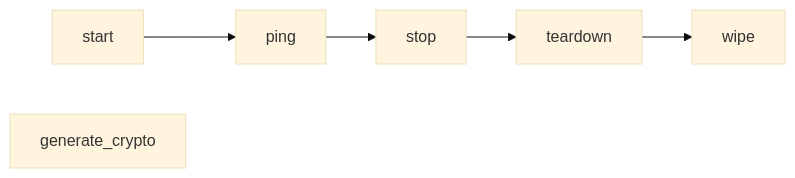
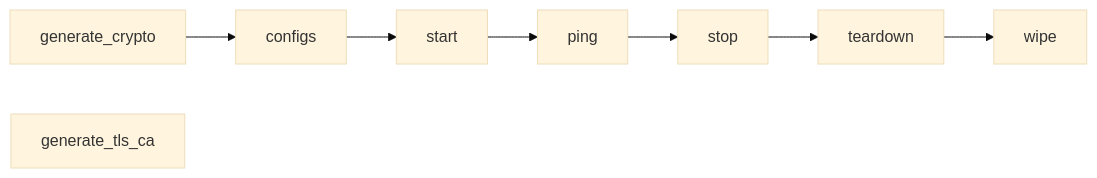
The diagram in playbooks/yugabyte/README.md (LF-Decentralized-Trust-labs/fabric-x-ansible-collection), drawn with Mermaid (base theme) before and after one commit. The commit also changed other lines of this file and 18 other files, not shown here.

````diff
--- a/playbooks/yugabyte/README.md
+++ b/playbooks/yugabyte/README.md
@@ -17,8 +19,10 @@
 ```mermaid
 flowchart LR
-  START[start] --> PING[ping]
+  CRYPTO[generate_crypto] --> CONFIGS[configs]
+  CONFIGS --> START[start]
+  START --> PING[ping]
   PING --> STOP[stop]
   STOP --> TEARDOWN[teardown]
   TEARDOWN --> WIPE[wipe]
-  CRYPTO[generate_crypto]
+  TLSCA[generate_tls_ca]
 ```
````
